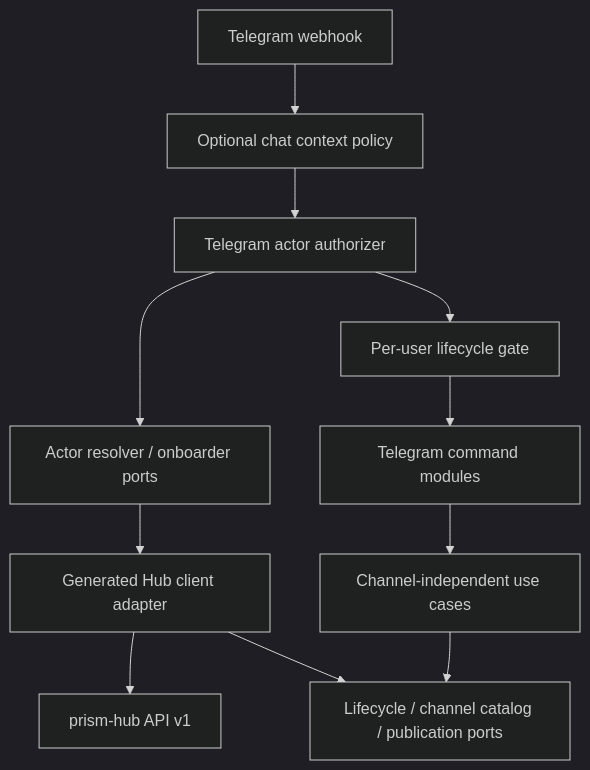
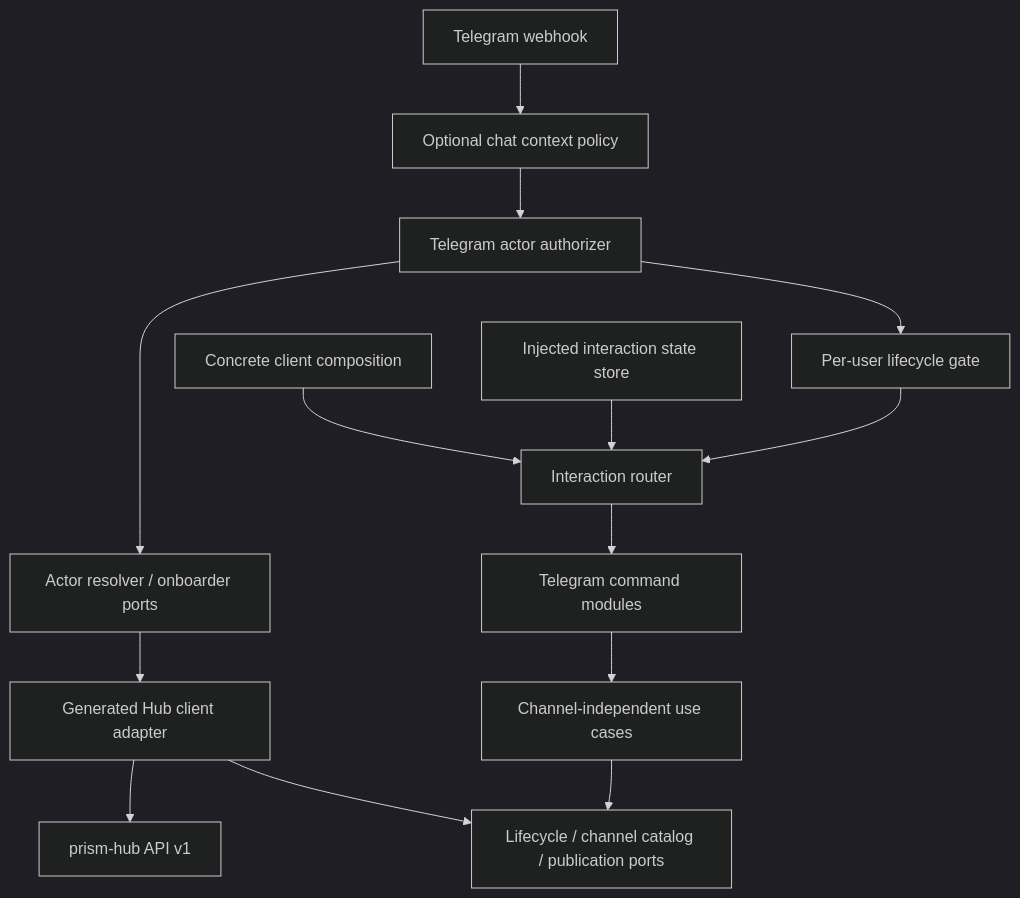
One commit to aiaiaiai-org/prism-bot changed the diagram in README.md. Above: the diagram before and after it, drawn with Mermaid (dark theme). The commit also changed other lines of this file, not shown here.

Commit message:
Document concrete client composition

````diff
--- a/README.md
+++ b/README.md
@@ -25,13 +28,16 @@
 ```mermaid
 flowchart TD
     Telegram["Telegram webhook"] --> Context["Optional chat context policy"]
     Context --> Actor["Telegram actor authorizer"]
     Actor --> Resolve["Actor resolver / onboarder ports"]
     Resolve --> HubAdapter["Generated Hub client adapter"]
     HubAdapter --> Hub["prism-hub API v1"]
     Actor --> Lifecycle["Per-user lifecycle gate"]
-    Lifecycle --> Commands["Telegram command modules"]
+    Lifecycle --> Interaction["Interaction router"]
+    Client["Concrete client composition"] --> Interaction
+    State["Injected interaction state store"] --> Interaction
+    Interaction --> Commands["Telegram command modules"]
     Commands --> UseCases["Channel-independent use cases"]
     UseCases --> Ports["Lifecycle / channel catalog / publication ports"]
     HubAdapter --> Ports
 ```
````
